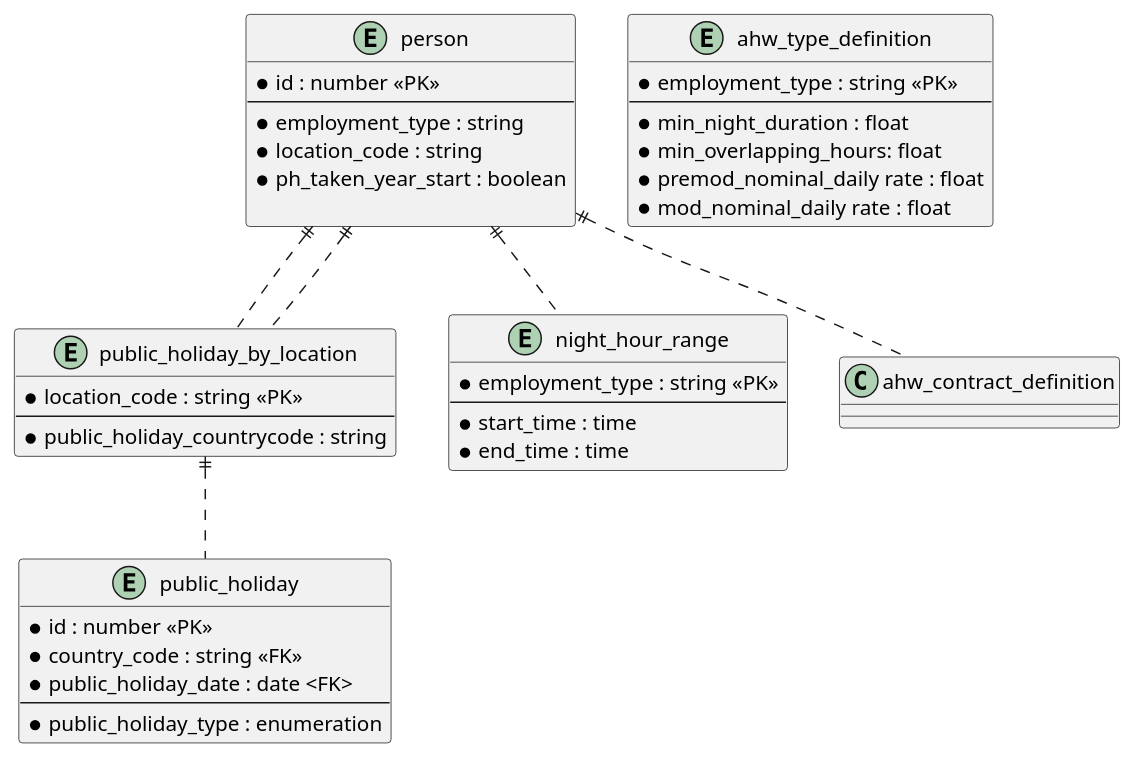
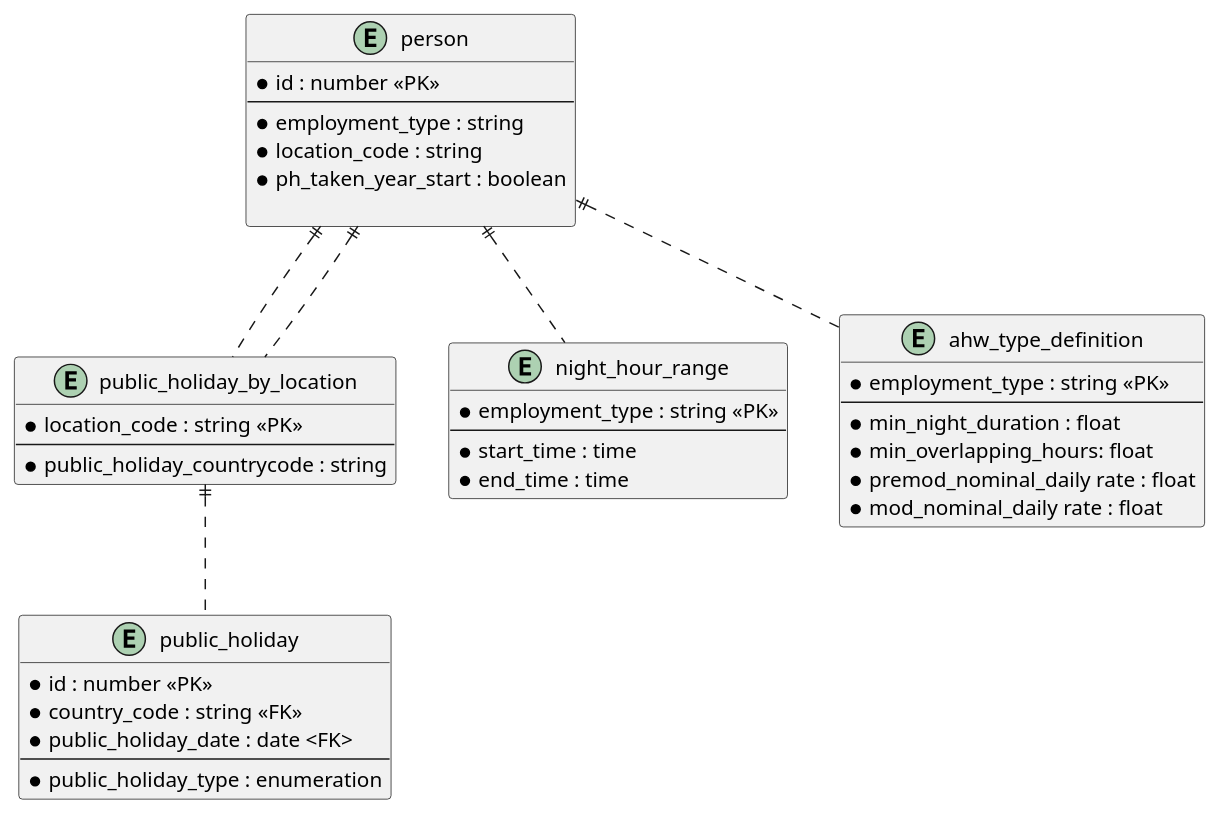
One commit to UKHomeOffice/callisto-accruals-restapi changed the diagram in docs/storage-model-ref-external.puml. Above: the diagram before and after it, drawn with PlantUML.

Commit message:
Add tolerance band definition

```diff
--- a/docs/storage-model-ref-external.puml
+++ b/docs/storage-model-ref-external.puml
@@ -1,51 +1,51 @@
 @startuml
 
 entity person {
   * id : number <<PK>>
   --
   * employment_type : string
   * location_code : string
   * ph_taken_year_start : boolean
   
 }
 
 entity public_holiday_by_location {
   * location_code : string <<PK>>
   --
   * public_holiday_countrycode : string
 }
 
 person ||.. public_holiday_by_location
 
 entity public_holiday {
   * id : number <<PK>>
   * country_code : string <<FK>>
   * public_holiday_date : date <FK>
   --
   * public_holiday_type : enumeration
 }
 
 person ||.. public_holiday_by_location
 public_holiday_by_location ||.. public_holiday
 
 entity night_hour_range {
   * employment_type : string <<PK>>
   --
   * start_time : time
   * end_time : time
 }
 
 person ||.. night_hour_range
 
 entity ahw_type_definition {
   * employment_type : string <<PK>>
   --
   * min_night_duration : float
   * min_overlapping_hours: float
   * premod_nominal_daily rate : float
   * mod_nominal_daily rate : float
 }
 
-person ||.. ahw_contract_definition
+person ||.. ahw_type_definition
 
 @enduml
```
